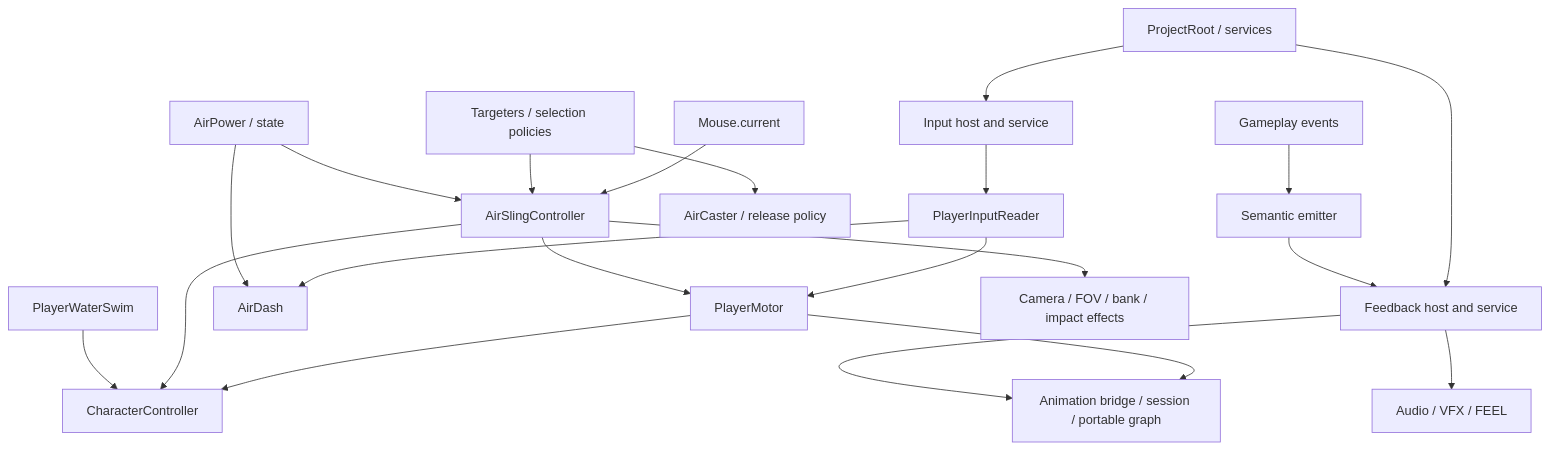
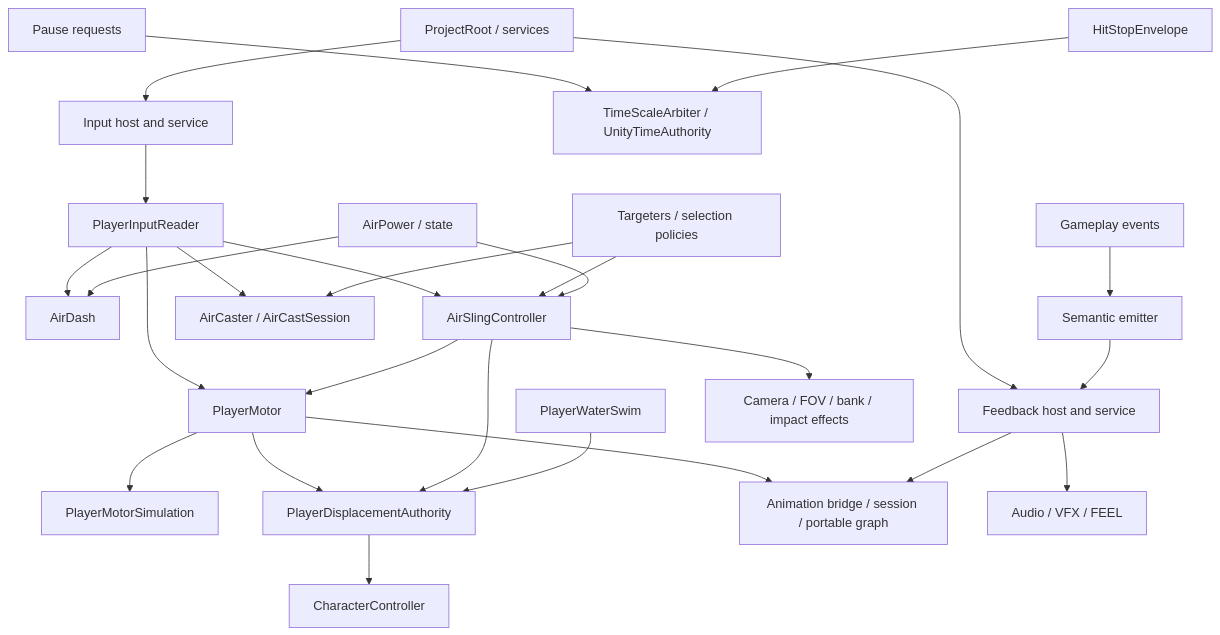
One commit to Fejkboxarn/Windrunner changed the diagram in Documentation/ProductionMigration.md. Above: the diagram before and after it, drawn with Mermaid. The commit also changed other lines of this file and 10 other files, not shown here.

````diff
--- a/Documentation/ProductionMigration.md
+++ b/Documentation/ProductionMigration.md
@@ -32,23 +34,28 @@
 ```mermaid
 flowchart TD
   Root[ProjectRoot / services] --> Input[Input host and service]
   Root --> Feedback[Feedback host and service]
   Input --> Reader[PlayerInputReader]
   Reader --> Motor[PlayerMotor]
   Reader --> Dash[AirDash]
-  Mouse[Mouse.current] --> Sling[AirSlingController]
+  Reader --> Sling[AirSlingController]
+  Reader --> Cast[AirCaster / AirCastSession]
   Target[Targeters / selection policies] --> Sling
-  Target --> Cast[AirCaster / release policy]
+  Target --> Cast
   Resource[AirPower / state] --> Dash
   Resource --> Sling
-  Motor --> Physics[CharacterController]
-  Sling --> Physics
-  Swim[PlayerWaterSwim] --> Physics
+  Motor --> Simulation[PlayerMotorSimulation]
+  Motor --> Displacement[PlayerDisplacementAuthority]
+  Sling --> Displacement
+  Swim[PlayerWaterSwim] --> Displacement
+  Displacement --> Physics[CharacterController]
+  Pause[Pause requests] --> Time[TimeScaleArbiter / UnityTimeAuthority]
+  HitStop[HitStopEnvelope] --> Time
   Sling --> Motor
   Sling --> Presentation[Camera / FOV / bank / impact effects]
   Motor --> Animation[Animation bridge / session / portable graph]
   Gameplay[Gameplay events] --> Emitter[Semantic emitter]
   Emitter --> Feedback
   Feedback --> Animation
   Feedback --> Pools[Audio / VFX / FEEL]
 ```
````
